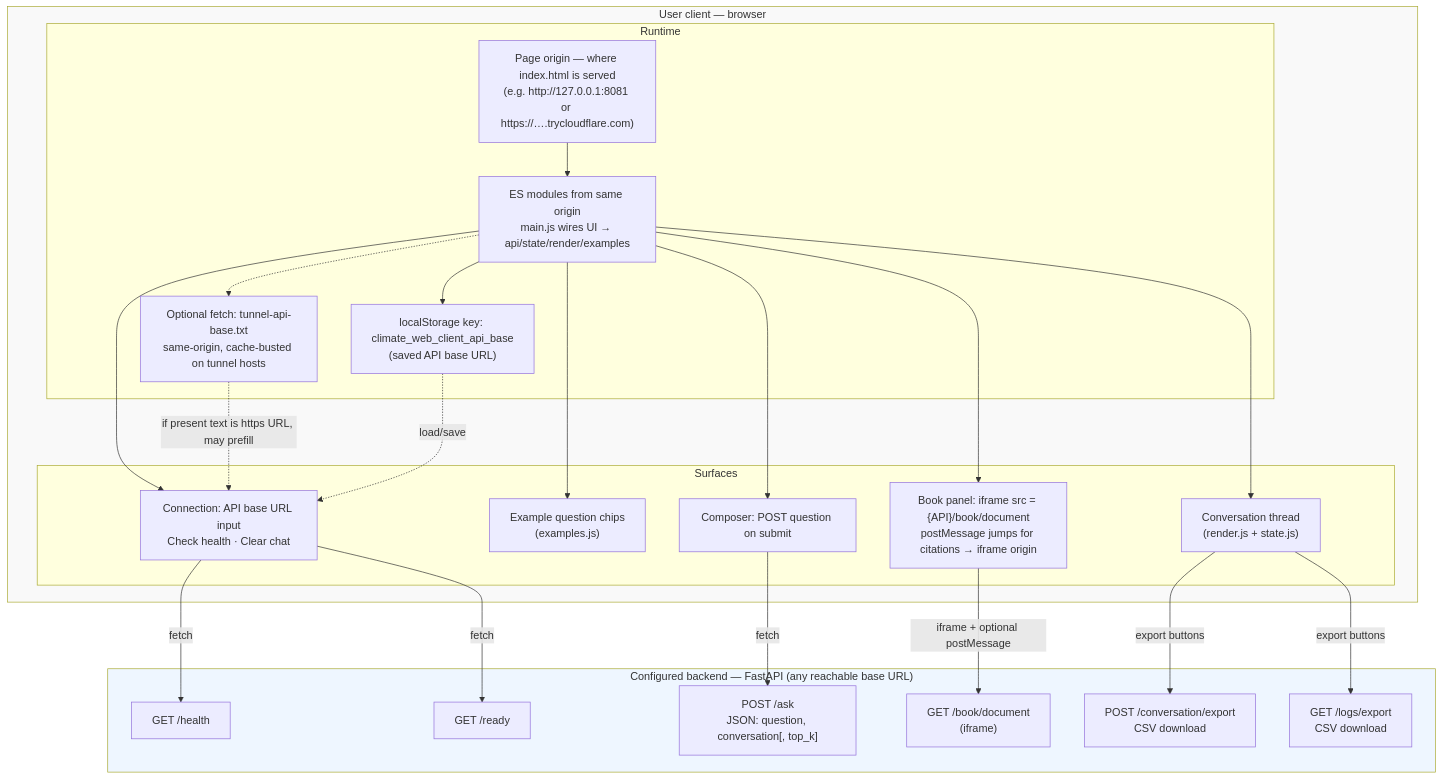
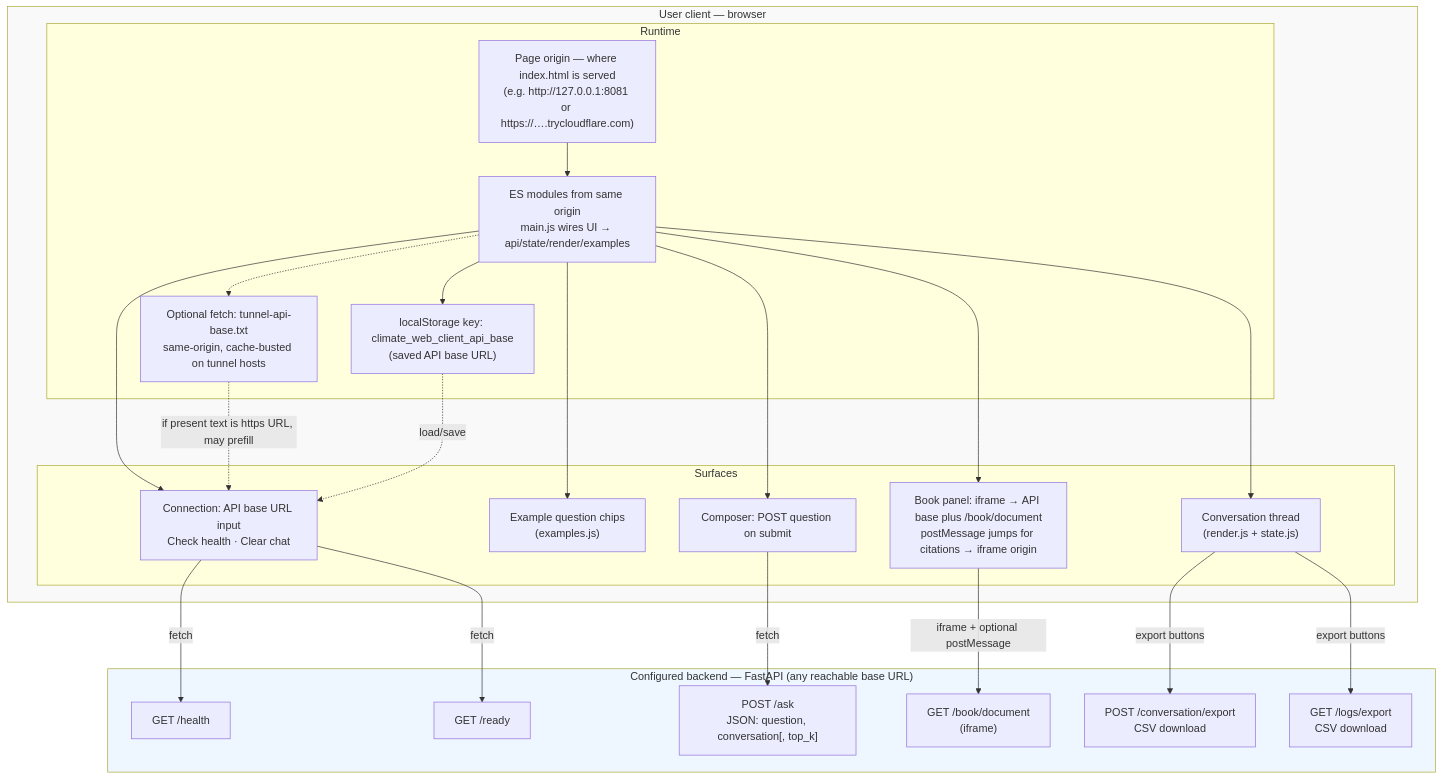
Before and after one commit to semanticClimate/chatbot: the second of 2 diagrams in docs/client-server-architecture.md, drawn with Mermaid. The commit also changed other lines of this file, not shown here.

Commit message:
enhanced architecture diagram

````diff
--- a/docs/client-server-architecture.md
+++ b/docs/client-server-architecture.md
@@ -36,50 +36,50 @@
 ```mermaid
 flowchart TB
   subgraph UserClient["User client — browser"]
     subgraph Runtime["Runtime"]
       Origin["Page origin — where index.html is served<br/>(e.g. http://127.0.0.1:8081 or https://….trycloudflare.com)"]
       Modules["ES modules from same origin<br/>main.js wires UI → api/state/render/examples"]
       Storage["localStorage key: climate_web_client_api_base<br/>(saved API base URL)"]
       Hint["Optional fetch: tunnel-api-base.txt<br/>same-origin, cache-busted on tunnel hosts"]
       Origin --> Modules
       Modules --> Storage
       Modules -.-> Hint
     end
 
     subgraph UI["Surfaces"]
       Conn["Connection: API base URL input<br/>Check health · Clear chat"]
       Examples["Example question chips<br/>(examples.js)"]
       Thread["Conversation thread<br/>(render.js + state.js)"]
       Composer["Composer: POST question on submit"]
-      Book["Book panel: iframe src = {API}/book/document<br/>postMessage jumps for citations → iframe origin"]
+      Book["Book panel: iframe → API base plus /book/document<br/>postMessage jumps for citations → iframe origin"]
     end
 
     Modules --> Conn
     Modules --> Examples
     Modules --> Thread
     Modules --> Composer
     Modules --> Book
   end
 
   subgraph API["Configured backend — FastAPI (any reachable base URL)"]
     H["GET /health"]
     R["GET /ready"]
     A["POST /ask<br/>JSON: question, conversation[, top_k]"]
     D["GET /book/document<br/>(iframe)"]
     C["POST /conversation/export<br/>CSV download"]
     L["GET /logs/export<br/>CSV download"]
   end
 
   Conn -->|"fetch"| H
   Conn -->|"fetch"| R
   Composer -->|"fetch"| A
   Book -->|"iframe + optional postMessage"| D
   Thread -->|"export buttons"| C
   Thread -->|"export buttons"| L
 
   Hint -.->|"if present text is https URL, may prefill"| Conn
   Storage -.->|"load/save"| Conn
 
   style UserClient fill:#f9f9f9
   style API fill:#eef6ff
 ```
````
